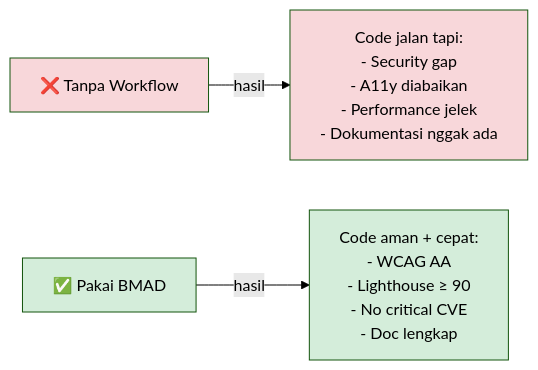
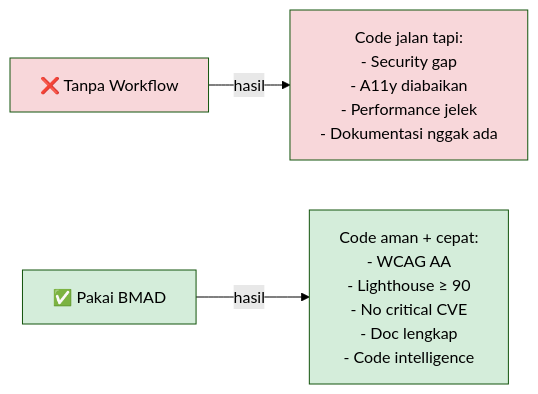
The second of 12 diagrams in WORKFLOW_GUIDE.md (slamsmart/BMAD-Workflow-V.1.0), drawn with Mermaid (forest theme) before and after one commit. The commit also changed other lines of this file and 2 other files, not shown here.

````diff
--- a/WORKFLOW_GUIDE.md
+++ b/WORKFLOW_GUIDE.md
@@ -41,11 +61,11 @@
 ```mermaid
 graph LR
     A[❌ Tanpa Workflow] -->|hasil| B[Code jalan tapi:<br/>- Security gap<br/>- A11y diabaikan<br/>- Performance jelek<br/>- Dokumentasi nggak ada]
 
-    C[✅ Pakai BMAD] -->|hasil| D[Code aman + cepat:<br/>- WCAG AA<br/>- Lighthouse ≥ 90<br/>- No critical CVE<br/>- Doc lengkap]
+    C[✅ Pakai BMAD] -->|hasil| D[Code aman + cepat:<br/>- WCAG AA<br/>- Lighthouse ≥ 90<br/>- No critical CVE<br/>- Doc lengkap<br/>- Code intelligence]
 
     style A fill:#f8d7da
     style B fill:#f8d7da
     style C fill:#d4edda
     style D fill:#d4edda
 ```
````
